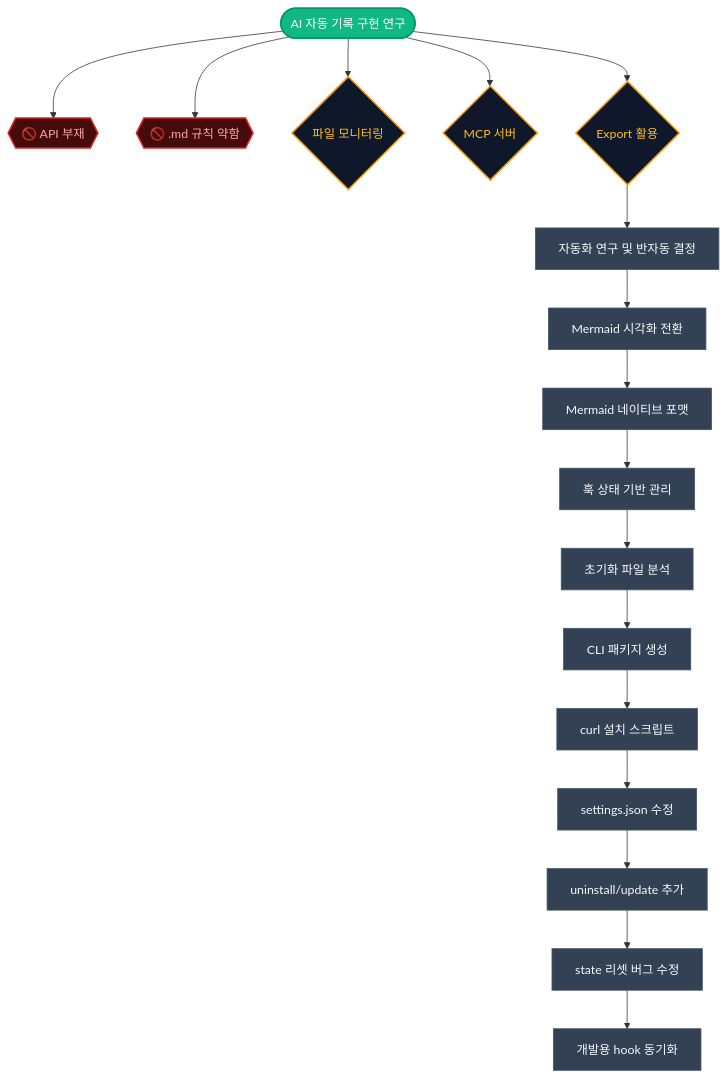
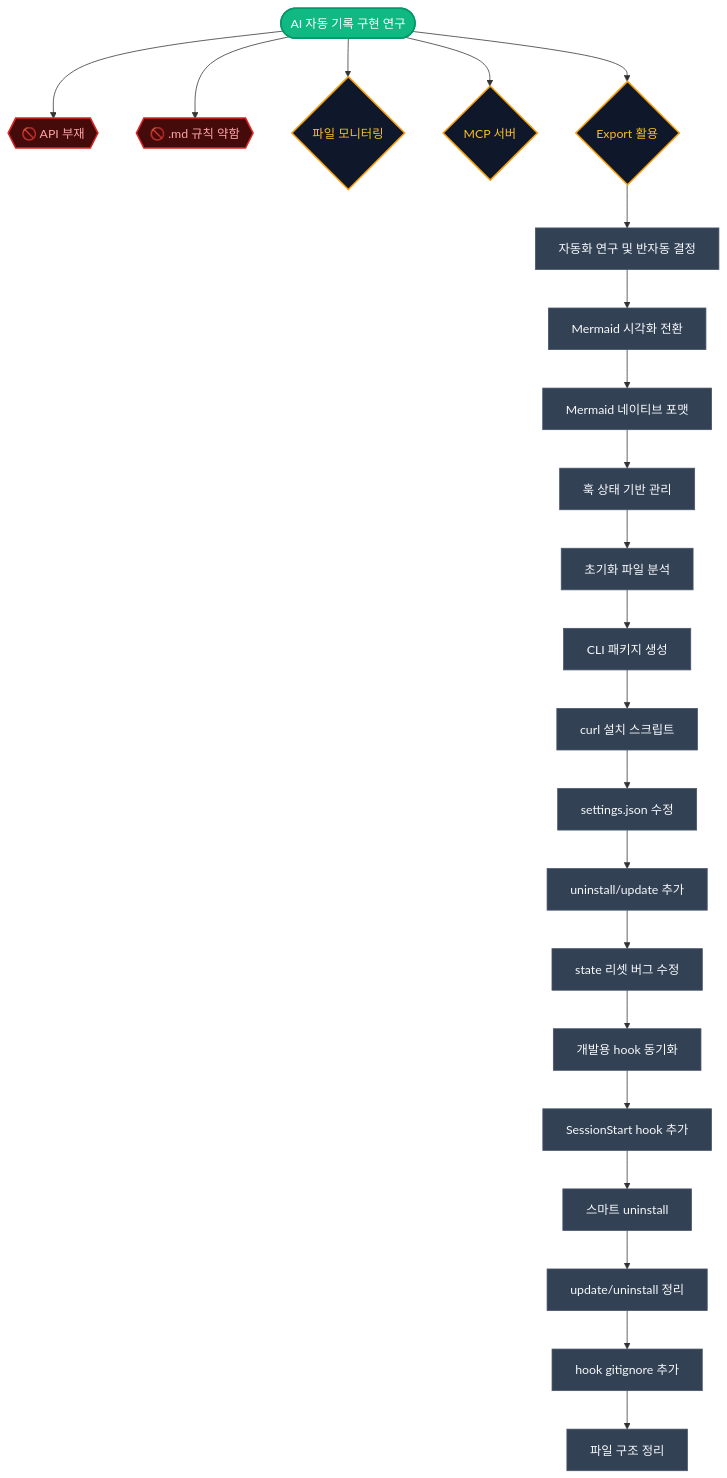
Before and after one commit to NamHyeongKeol/viz-vibe: the diagram in trajectory.mmd, drawn with Mermaid. The commit also changed 9 other files, not shown here.

First line of the commit message:
feat: SessionStart hook, 파일 구조 정리, install/uninstall 개선

```diff
--- a/trajectory.mmd
+++ b/trajectory.mmd
@@ -1,86 +1,111 @@
 flowchart TD
     %% @node_research_start [start]: AI가 바이브코딩 중 작업 내역을 자동으로 trajectory에 기록하도록 만드는 방법 탐색
     node_research_start(["AI 자동 기록 구현 연구"])
 
     %% @node_deadend_no_hook [blocker]: Antigravity가 대화 턴 시작/종료 Hook이나 대화록 접근 API를 제공하지 않음
     node_deadend_no_hook{{"🚫 API 부재"}}
 
     %% @node_deadend_md_weak [blocker]: .agent/rules/vizvibe.md에 규칙 설정했으나 AI가 자동 적용하지 않음
     node_deadend_md_weak{{"🚫 .md 규칙 약함"}}
 
     %% @node_approach_file_monitor [condition]: 대화록 파일 변경 감지 후 유저에게 알림
     node_approach_file_monitor{"파일 모니터링"}
 
     %% @node_approach_mcp_server [condition]: MCP 서버로 update_trajectory 도구 제공
     node_approach_mcp_server{"MCP 서버"}
 
     %% @node_approach_export [condition]: Antigravity 대화록 export 기능 활용
     node_approach_export{"Export 활용"}
 
     %% @node_automation_research [ai-task]: AI 자동 기록 자동화 불가 확인, 반자동 방식으로 전환
     node_automation_research["자동화 연구 및 반자동 결정"]
 
     %% @node_mermaid_migration [ai-task]: VizFlowEditorProvider를 Mermaid.js 기반으로 전환
     node_mermaid_migration["Mermaid 시각화 전환"]
 
     %% @node_mermaid_native [ai-task]: JSON에서 Mermaid 네이티브 포맷으로 완전 전환
     node_mermaid_native["Mermaid 네이티브 포맷"]
 
     %% @node_hook_state [ai-task]: 훅 중복 방지를 키워드에서 state.json 기반으로 변경
     node_hook_state["훅 상태 기반 관리"]
 
     %% @node_init_analysis [ai-task]: 사용자 프로젝트 초기화 시 필요한 파일 분석
     node_init_analysis["초기화 파일 분석"]
 
     %% @node_cli_package [ai-task]: Claude Code 사용자를 위한 npx @viz-vibe/cli init 패키지 생성
     node_cli_package["CLI 패키지 생성"]
 
     %% @node_curl_install [ai-task]: curl install.sh 스크립트 생성 및 README Getting Started 추가
     node_curl_install["curl 설치 스크립트"]
 
     %% @node_fix_settings [ai-task]: hooks.json을 settings.json으로 수정 (Claude Code 훅 인식 문제 해결)
     node_fix_settings["settings.json 수정"]
 
     %% @node_cli_commands [ai-task]: uninstall, update 명령어 추가 (curl + CLI)
     node_cli_commands["uninstall/update 추가"]
 
     %% @node_state_fix [ai-task]: stop_hook_active 시 state idle 리셋 버그 수정
     node_state_fix["state 리셋 버그 수정"]
 
     %% @node_dev_hook_sync [ai-task]: 개발용 hook 파일(.claude/hooks/)과 템플릿(cli/templates/) 동기화 누락 수정
     node_dev_hook_sync["개발용 hook 동기화"]
 
+    %% @node_session_start_hook [ai-task]: SessionStart hook 추가로 세션 시작 시 trajectory.mmd 자동 읽기
+    node_session_start_hook["SessionStart hook 추가"]
+
+    %% @node_smart_uninstall [ai-task]: uninstall 시 settings.json에서 vizvibe hook만 제거, 다른 설정 유지
+    node_smart_uninstall["스마트 uninstall"]
+
+    %% @node_update_uninstall_refactor [ai-task]: update.sh 간소화, uninstall에서 trajectory.mmd 삭제, 로그 파일 제거
+    node_update_uninstall_refactor["update/uninstall 정리"]
+
+    %% @node_gitignore_hooks [ai-task]: install 시 hook 스크립트도 gitignore 추가 (로컬 전용 설치)
+    node_gitignore_hooks["hook gitignore 추가"]
+
+    %% @node_file_structure [ai-task]: shared/templates 폴더 생성, VIZVIBE.md를 .claude/hooks/로 이동
+    node_file_structure["파일 구조 정리"]
+
     node_research_start --> node_deadend_no_hook
     node_research_start --> node_deadend_md_weak
     node_research_start --> node_approach_file_monitor
     node_research_start --> node_approach_mcp_server
     node_research_start --> node_approach_export
     node_approach_export --> node_automation_research
     node_automation_research --> node_mermaid_migration
     node_mermaid_migration --> node_mermaid_native
     node_mermaid_native --> node_hook_state
     node_hook_state --> node_init_analysis
     node_init_analysis --> node_cli_package
     node_cli_package --> node_curl_install
     node_curl_install --> node_fix_settings
     node_fix_settings --> node_cli_commands
     node_cli_commands --> node_state_fix
     node_state_fix --> node_dev_hook_sync
+    node_dev_hook_sync --> node_session_start_hook
+    node_session_start_hook --> node_smart_uninstall
+    node_smart_uninstall --> node_update_uninstall_refactor
+    node_update_uninstall_refactor --> node_gitignore_hooks
+    node_gitignore_hooks --> node_file_structure
 
     style node_research_start fill:#10b981,stroke:#059669,color:#fff,stroke-width:2px
     style node_deadend_no_hook fill:#450a0a,stroke:#dc2626,color:#fca5a5,stroke-width:2px
     style node_deadend_md_weak fill:#450a0a,stroke:#dc2626,color:#fca5a5,stroke-width:2px
     style node_approach_file_monitor fill:#0f172a,stroke:#f59e0b,color:#fbbf24,stroke-width:2px
     style node_approach_mcp_server fill:#0f172a,stroke:#f59e0b,color:#fbbf24,stroke-width:2px
     style node_approach_export fill:#0f172a,stroke:#f59e0b,color:#fbbf24,stroke-width:2px
     style node_automation_research fill:#334155,stroke:#475569,color:#f8fafc,stroke-width:1px
     style node_mermaid_migration fill:#334155,stroke:#475569,color:#f8fafc,stroke-width:1px
     style node_mermaid_native fill:#334155,stroke:#475569,color:#f8fafc,stroke-width:1px
     style node_hook_state fill:#334155,stroke:#475569,color:#f8fafc,stroke-width:1px
     style node_init_analysis fill:#334155,stroke:#475569,color:#f8fafc,stroke-width:1px
     style node_cli_package fill:#334155,stroke:#475569,color:#f8fafc,stroke-width:1px
     style node_curl_install fill:#334155,stroke:#475569,color:#f8fafc,stroke-width:1px
     style node_fix_settings fill:#334155,stroke:#475569,color:#f8fafc,stroke-width:1px
     style node_cli_commands fill:#334155,stroke:#475569,color:#f8fafc,stroke-width:1px
     style node_state_fix fill:#334155,stroke:#475569,color:#f8fafc,stroke-width:1px
     style node_dev_hook_sync fill:#334155,stroke:#475569,color:#f8fafc,stroke-width:1px
+    style node_session_start_hook fill:#334155,stroke:#475569,color:#f8fafc,stroke-width:1px
+    style node_smart_uninstall fill:#334155,stroke:#475569,color:#f8fafc,stroke-width:1px
+    style node_update_uninstall_refactor fill:#334155,stroke:#475569,color:#f8fafc,stroke-width:1px
+    style node_gitignore_hooks fill:#334155,stroke:#475569,color:#f8fafc,stroke-width:1px
+    style node_file_structure fill:#334155,stroke:#475569,color:#f8fafc,stroke-width:1px
```
